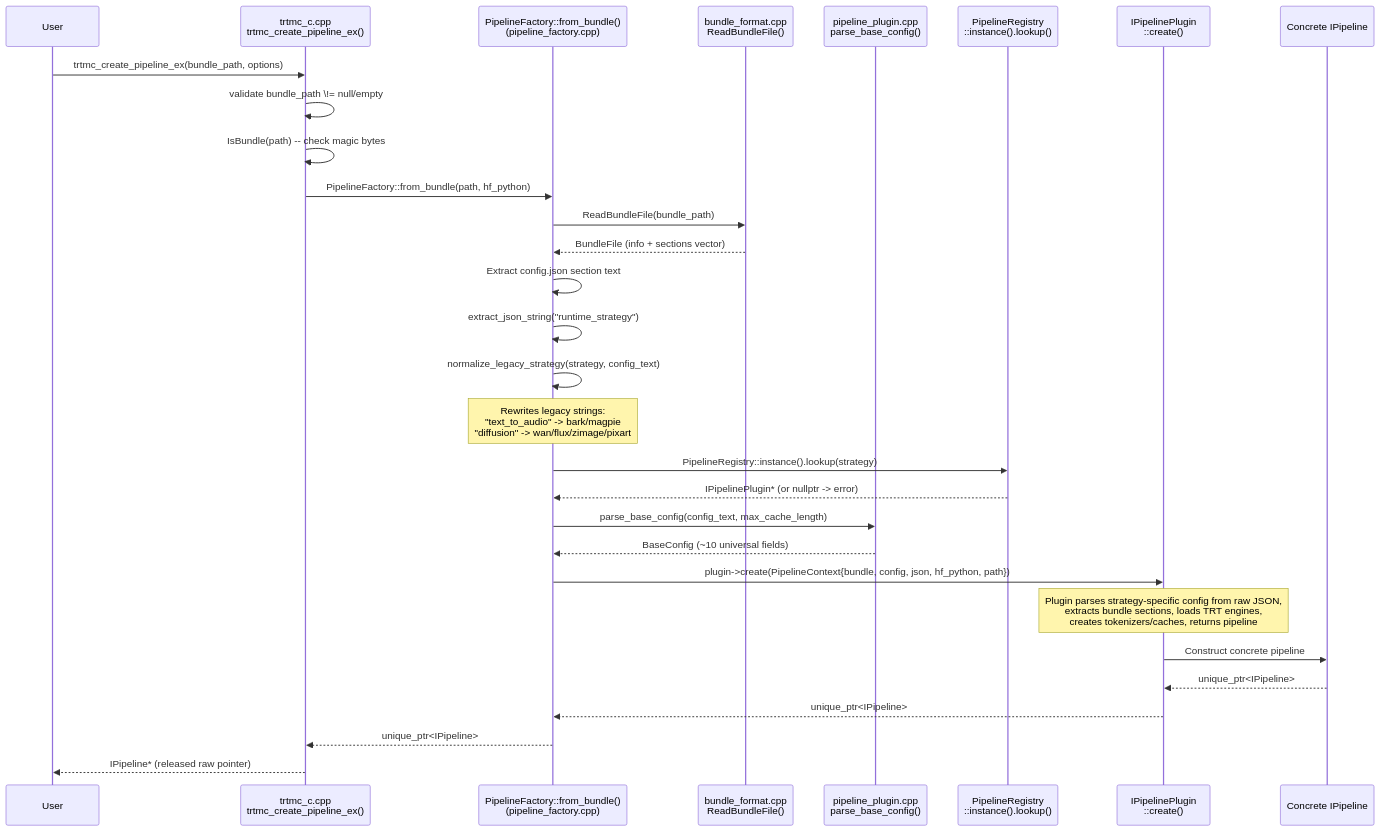
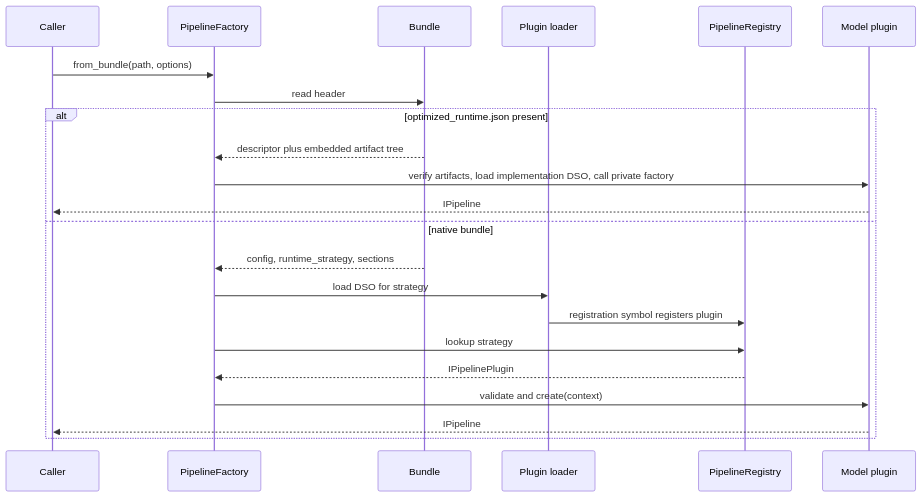
The second of 2 diagrams in website/docs/wiki/Dynamic-Design.md (AbishekCoder1/TensorRT-Model-Connect), drawn with Mermaid before and after one commit. The commit also changed other lines of this file and 83 other files, not shown here.

````diff
--- a/website/docs/wiki/Dynamic-Design.md
+++ b/website/docs/wiki/Dynamic-Design.md
@@ -90,33 +45,25 @@
 ```mermaid
 sequenceDiagram
-    participant User
-    participant CABI as trtmc_c.cpp<br/>trtmc_create_pipeline_ex()
-    participant Factory as PipelineFactory::from_bundle()<br/>(pipeline_factory.cpp)
-    participant Bundle as bundle_format.cpp<br/>ReadBundleFile()
-    participant Config as pipeline_plugin.cpp<br/>parse_base_config()
-    participant Registry as PipelineRegistry<br/>::instance().lookup()
-    participant Plugin as IPipelinePlugin<br/>::create()
-    participant Pipeline as Concrete IPipeline
+  participant Caller
+  participant Factory as PipelineFactory
+  participant Bundle
+  participant Loader as Plugin loader
+  participant Registry as PipelineRegistry
+  participant Plugin as Model plugin
 
-    User->>CABI: trtmc_create_pipeline_ex(bundle_path, options)
-    CABI->>CABI: validate bundle_path \!= null/empty
-    CABI->>CABI: IsBundle(path) -- check magic bytes
-    CABI->>Factory: PipelineFactory::from_bundle(path, hf_python)
-    Factory->>Bundle: ReadBundleFile(bundle_path)
-    Bundle-->>Factory: BundleFile (info + sections vector)
-    Factory->>Factory: Extract config.json section text
-    Factory->>Factory: extract_json_string("runtime_strategy")
-    Factory->>Factory: normalize_legacy_strategy(strategy, config_text)
-    Note over Factory: Rewrites legacy strings:<br/>"text_to_audio" -> bark/magpie<br/>"diffusion" -> wan/flux/zimage/pixart
-    Factory->>Registry: PipelineRegistry::instance().lookup(strategy)
-    Registry-->>Factory: IPipelinePlugin* (or nullptr -> error)
-    Factory->>Config: parse_base_config(config_text, max_cache_length)
-    Config-->>Factory: BaseConfig (~10 universal fields)
-    Factory->>Plugin: plugin->create(PipelineContext{bundle, config, json, hf_python, path})
-    Note over Plugin: Plugin parses strategy-specific config from raw JSON,<br/>extracts bundle sections, loads TRT engines,<br/>creates tokenizers/caches, returns pipeline
-    Plugin->>Pipeline: Construct concrete pipeline
-    Pipeline-->>Plugin: unique_ptr<IPipeline>
-    Plugin-->>Factory: unique_ptr<IPipeline>
-    Factory-->>CABI: unique_ptr<IPipeline>
-    CABI-->>User: IPipeline* (released raw pointer)
+  Caller->>Factory: from_bundle(path, options)
+  Factory->>Bundle: read header
+  alt optimized_runtime.json present
+    Bundle-->>Factory: descriptor plus embedded artifact tree
+    Factory->>Plugin: verify artifacts, load implementation DSO, call private factory
+    Plugin-->>Caller: IPipeline
+  else native bundle
+    Bundle-->>Factory: config, runtime_strategy, sections
+    Factory->>Loader: load DSO for strategy
+    Loader->>Registry: registration symbol registers plugin
+    Factory->>Registry: lookup strategy
+    Registry-->>Factory: IPipelinePlugin
+    Factory->>Plugin: validate and create(context)
+    Plugin-->>Caller: IPipeline
+  end
 ```
````
